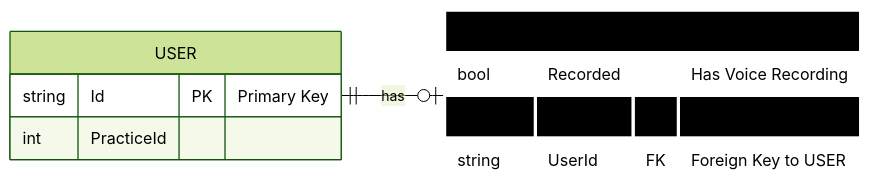
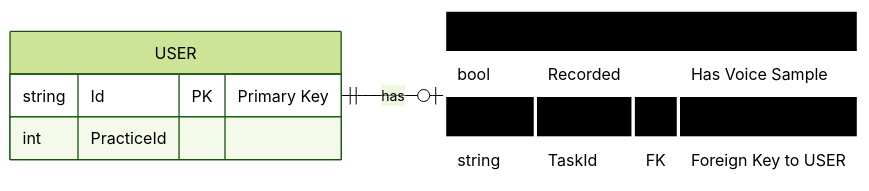
One commit to Harshita-capsitech/EmailDocs changed the third of 3 diagrams in CallTranscription/voice_sample.md. Above: the diagram before and after it, drawn with Mermaid (forest theme). The commit also changed other lines of this file, not shown here.

````diff
--- a/CallTranscription/voice_sample.md
+++ b/CallTranscription/voice_sample.md
@@ -129,25 +129,23 @@
 ```mermaid
 erDiagram
     direction LR
 
     USER ||--o| VOICESTATUS : has
 
     USER {
         string Id PK "Primary Key"
         int PracticeId
     }
 
     VOICESTATUS {
-        bool Recorded "Has Voice Recording"
+        bool Recorded "Has Voice Sample"
         datetime On "Date Recorded"
-        string UserId FK "Foreign Key to USER"
+        string TaskId FK "Foreign Key to USER"
     }
 
     %% Highlight VOICESTATUS to simulate 'active' state/focus with black color
     classDef active fill:#000000,stroke:#ffffff,stroke-width:3px
     class VOICESTATUS active
 
     %% Optionally, style keys for greater clarity
-
-
 ```
````
